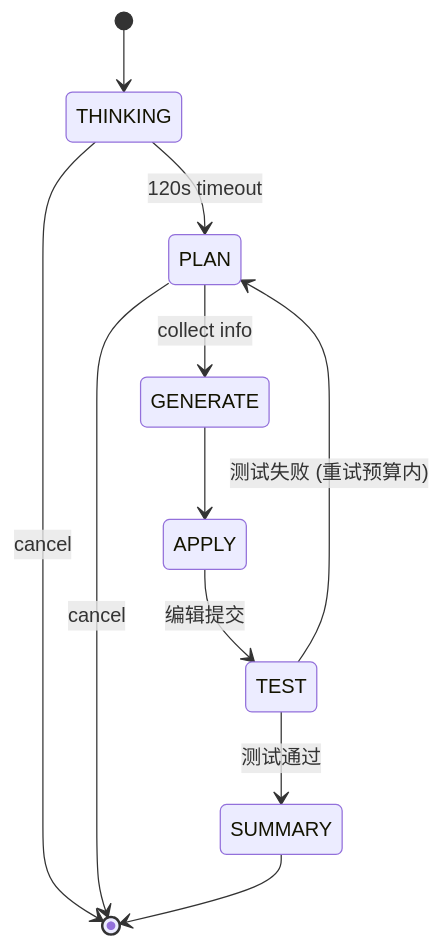
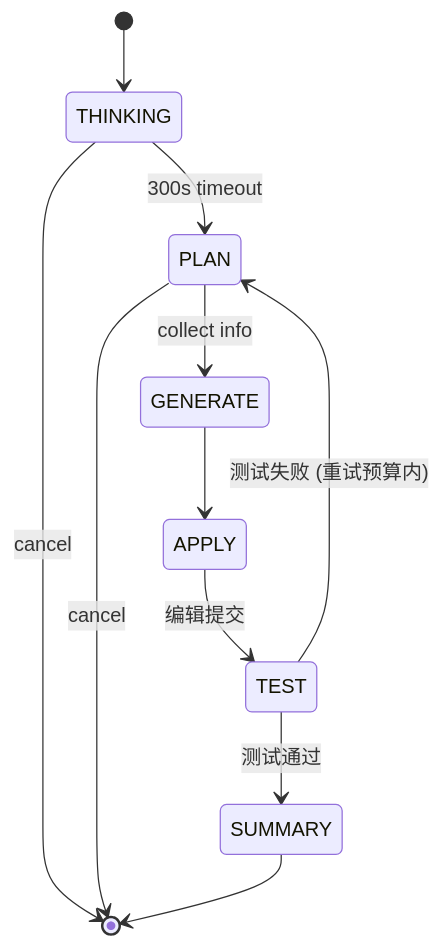
Before and after one commit to NumarAI/numar-releases: the second of 3 diagrams in README.zh-CN.md, drawn with Mermaid. The commit also changed other lines of this file and 1 other file, not shown here.

````diff
--- a/README.zh-CN.md
+++ b/README.zh-CN.md
@@ -181,13 +188,13 @@
 ```mermaid
 stateDiagram-v2
     [*] --> THINKING
-    THINKING --> PLAN: 120s timeout
+    THINKING --> PLAN: 300s timeout
     THINKING --> [*]: cancel
     PLAN --> GENERATE: collect info
     PLAN --> [*]: cancel
     GENERATE --> APPLY
     APPLY --> TEST: 编辑提交
     TEST --> SUMMARY: 测试通过
     TEST --> PLAN: 测试失败 (重试预算内)
     SUMMARY --> [*]
 ```
````
